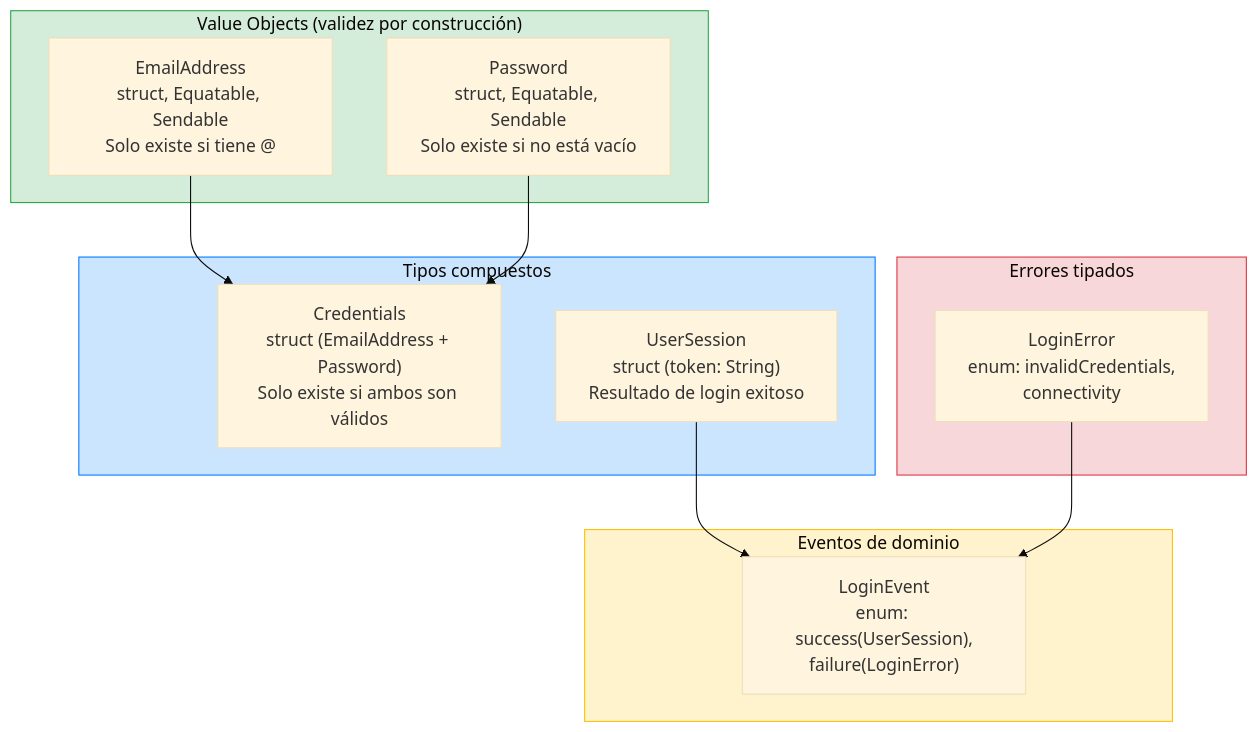
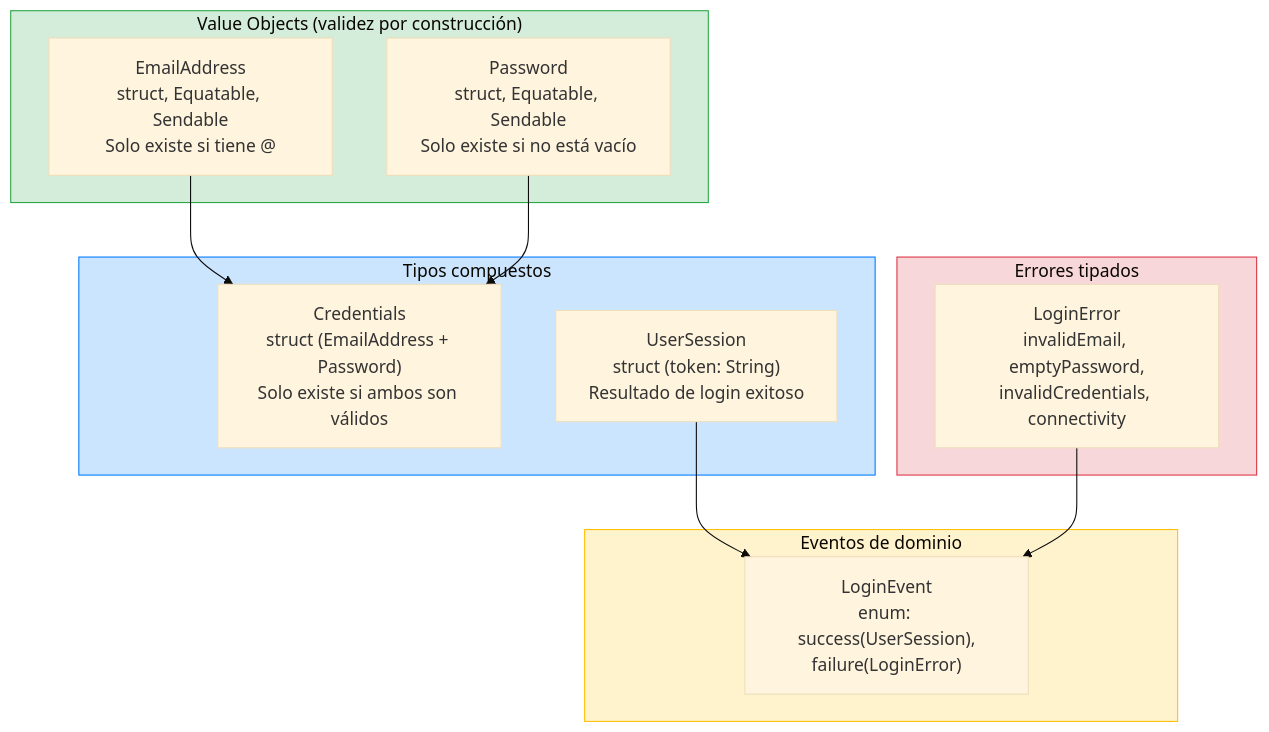
One commit to SwiftEnProfundidad/stack-my-architecture-ios changed the first of 2 diagrams in 01-fundamentos/05-feature-login/01-domain.md. Above: the diagram before and after it, drawn with Mermaid (base theme). The commit also changed other lines of this file and 7 other files, not shown here.

````diff
--- a/01-fundamentos/05-feature-login/01-domain.md
+++ b/01-fundamentos/05-feature-login/01-domain.md
@@ -39,30 +38,30 @@
 ```mermaid
 graph TD
     subgraph ValueObjects["Value Objects (validez por construcción)"]
         EMAIL["EmailAddress<br/>struct, Equatable, Sendable<br/>Solo existe si tiene @"]
         PASSWORD["Password<br/>struct, Equatable, Sendable<br/>Solo existe si no está vacío"]
     end
     
     subgraph Composed["Tipos compuestos"]
         CREDENTIALS["Credentials<br/>struct (EmailAddress + Password)<br/>Solo existe si ambos son válidos"]
         SESSION["UserSession<br/>struct (token: String)<br/>Resultado de login exitoso"]
     end
     
     subgraph Errors["Errores tipados"]
-        AUTHERR["LoginError<br/>enum: invalidCredentials,<br/>connectivity"]
+        AUTHERR["LoginError<br/>invalidEmail, emptyPassword,<br/>invalidCredentials, connectivity"]
     end
     
     subgraph Events["Eventos de dominio"]
         EVENT["LoginEvent<br/>enum: success(UserSession),<br/>failure(LoginError)"]
     end
 
     EMAIL --> CREDENTIALS
     PASSWORD --> CREDENTIALS
     SESSION --> EVENT
     AUTHERR --> EVENT
 
     style ValueObjects fill:#d4edda,stroke:#28a745
     style Composed fill:#cce5ff,stroke:#007bff
     style Errors fill:#f8d7da,stroke:#dc3545
     style Events fill:#fff3cd,stroke:#ffc107
 ```
````
